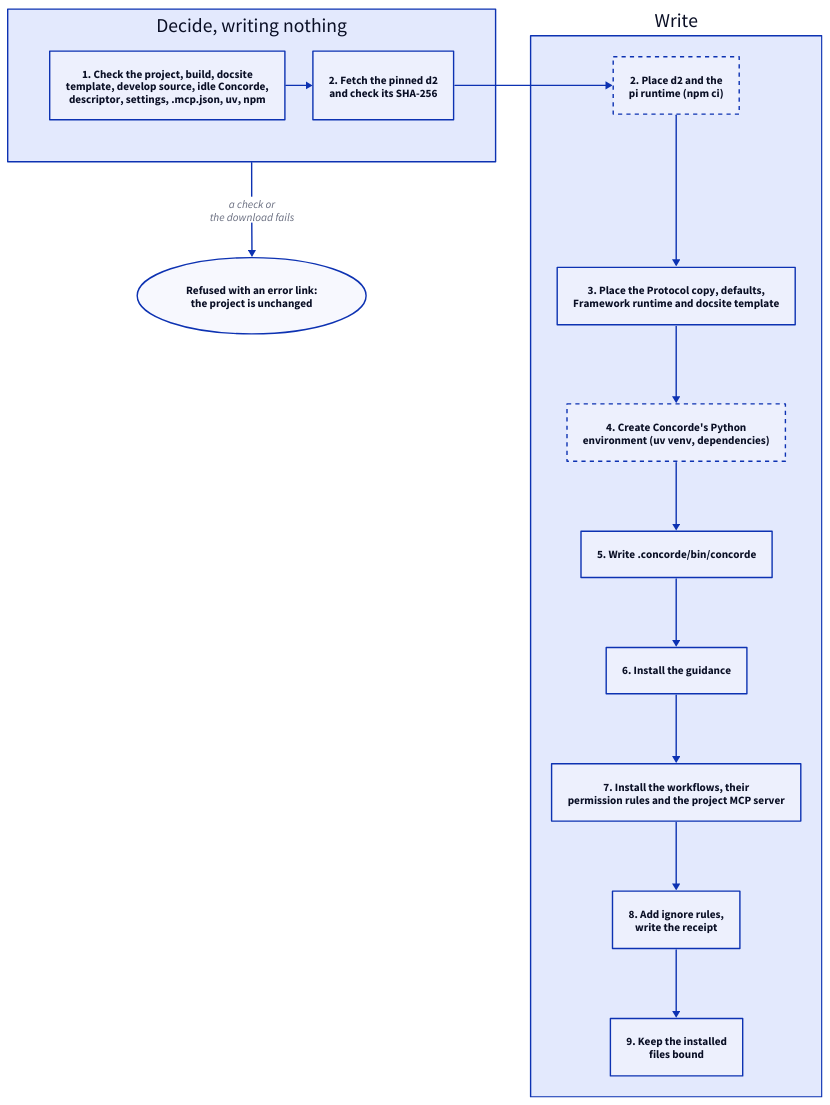
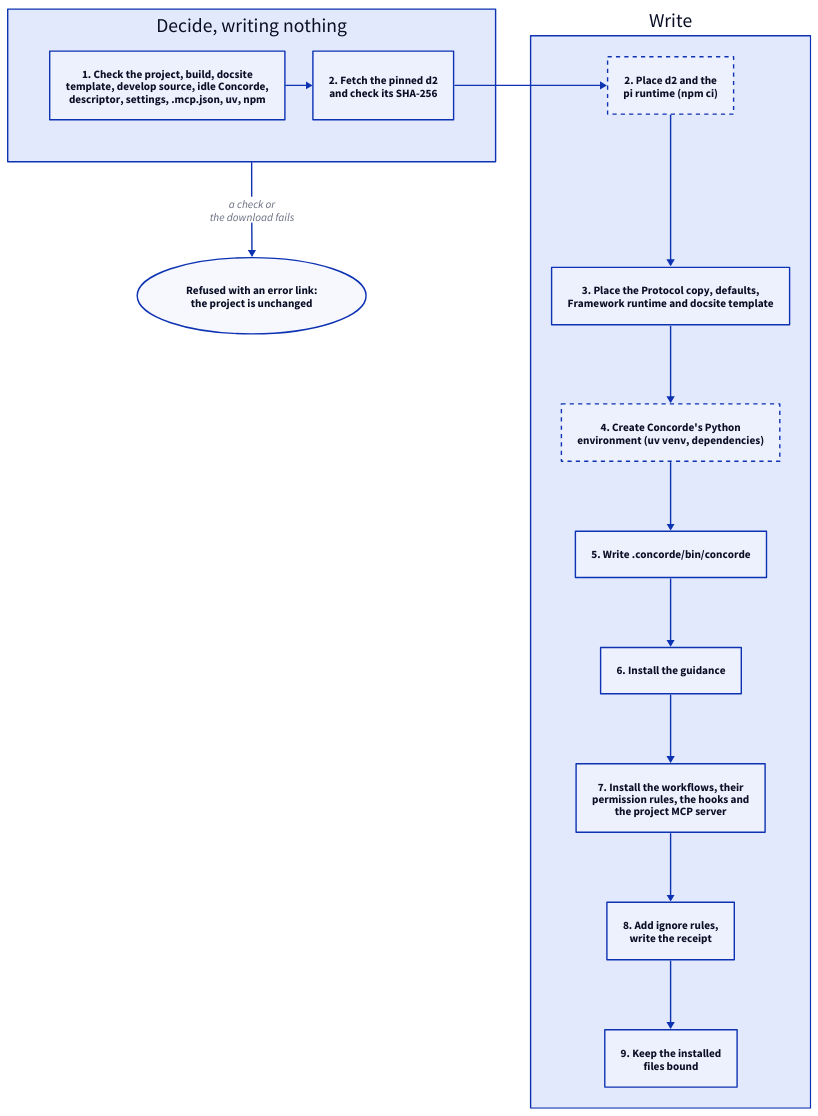
The second of 5 diagrams in specs/concorde/distribution/module.md (FTOD/concorde), drawn with D2 before and after one commit. The commit also changed other lines of this file and 14 other files, not shown here.

First line of the commit message:
distribution, tasks: install parts' Claude Code hooks; add the main agent's session-start hook

````diff
--- a/specs/concorde/distribution/module.md
+++ b/specs/concorde/distribution/module.md
@@ -266,25 +267,25 @@
 ```d2 illustrative
 direction: down
 decide: "Decide, writing nothing" {
   grid-columns: 2
   direction: down
   checks: "1. Check the project, build, docsite\ntemplate, develop source, idle Concorde,\ndescriptor, settings, .mcp.json, uv, npm"
   fetch: "2. Fetch the pinned d2\nand check its SHA-256"
   checks -> fetch
 }
 refused: "Refused with an error link:\nthe project is unchanged" {shape: oval}
 write: "Write" {
   direction: down
   tools: "2. Place d2 and the\npi runtime (npm ci)" {style.stroke-dash: 3}
   files: "3. Place the Protocol copy, defaults,\nFramework runtime and docsite template"
   env: "4. Create Concorde's Python\nenvironment (uv venv, dependencies)" {style.stroke-dash: 3}
   cmd: "5. Write .concorde/bin/concorde"
   guidance: "6. Install the guidance"
-  workflows: "7. Install the workflows, their\npermission rules and the project MCP server"
+  workflows: "7. Install the workflows, their\npermission rules, the hooks and\nthe project MCP server"
   record: "8. Add ignore rules,\nwrite the receipt"
   bound: "9. Keep the installed\nfiles bound"
   tools -> files -> env -> cmd -> guidance -> workflows -> record -> bound
 }
 decide -> refused: "a check or\nthe download fails"
 decide.fetch -> write.tools
 ```
````
